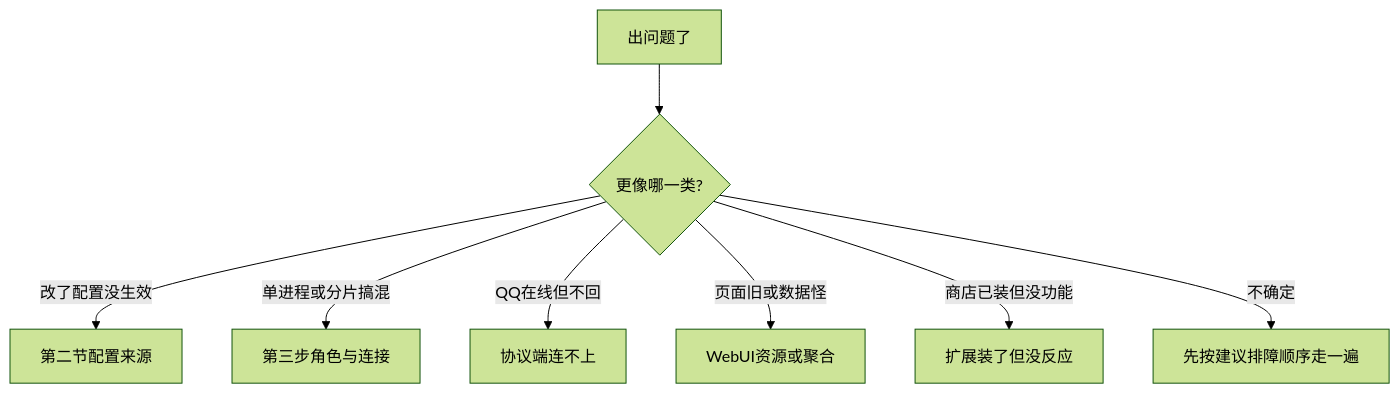
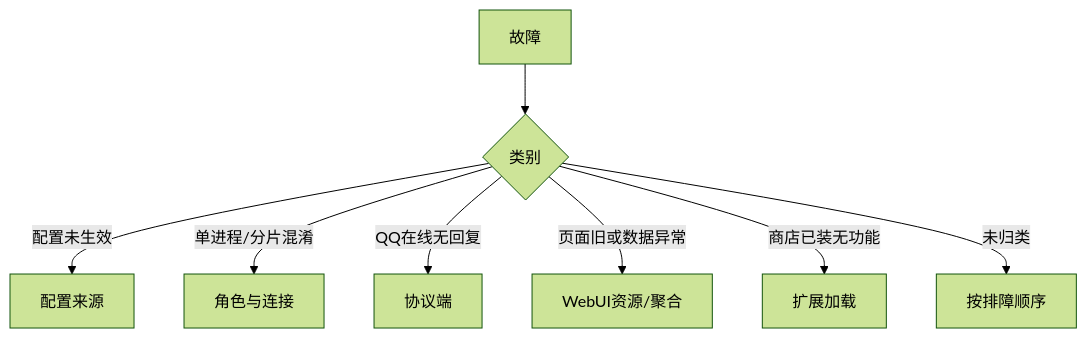
The diagram in src/maintainer/operate/troubleshooting.md (PallasBot/Pallas-Bot-Docs), drawn with Mermaid (forest theme) before and after one commit. The commit also changed other lines of this file and 132 other files, not shown here.

````diff
--- a/src/maintainer/operate/troubleshooting.md
+++ b/src/maintainer/operate/troubleshooting.md
@@ -13,10 +7,10 @@
 ```mermaid
 flowchart TD
-  Start[出问题了] --> Kind{更像哪一类?}
-  Kind -->|改了配置没生效| Config[第二节配置来源]
-  Kind -->|单进程或分片搞混| Role[第三步角色与连接]
-  Kind -->|QQ在线但不回| Proto[协议端连不上]
-  Kind -->|页面旧或数据怪| WebUI[WebUI资源或聚合]
-  Kind -->|商店已装但没功能| Ext[扩展装了但没反应]
-  Kind -->|不确定| Order[先按建议排障顺序走一遍]
+  Start[故障] --> Kind{类别}
+  Kind -->|配置未生效| Config[配置来源]
+  Kind -->|单进程/分片混淆| Role[角色与连接]
+  Kind -->|QQ在线无回复| Proto[协议端]
+  Kind -->|页面旧或数据异常| WebUI[WebUI资源/聚合]
+  Kind -->|商店已装无功能| Ext[扩展加载]
+  Kind -->|未归类| Order[按排障顺序]
 ```
````
